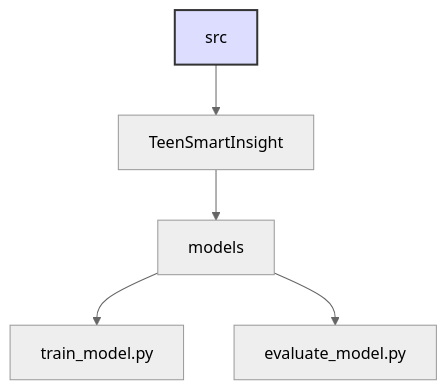
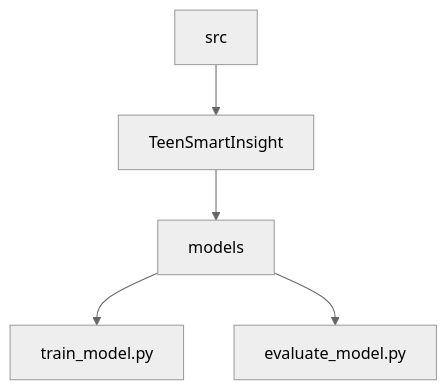
Before and after one commit to Dylalva/TeenSmartInsight: the sixth of 7 diagrams in docs/PROJECT_STRUCTURE.md, drawn with Mermaid (neutral theme). The commit also changed other lines of this file and 5 other files, not shown here.

````diff
--- a/docs/PROJECT_STRUCTURE.md
+++ b/docs/PROJECT_STRUCTURE.md
@@ -106,9 +93,7 @@
 ```mermaid
 graph TD
     I[src] --> I1[TeenSmartInsight]
     I1 --> I1A[models]
     I1A --> I1A1[train_model.py]
     I1A --> I1A2[evaluate_model.py]
-    
-    style I fill:#ddf,stroke:#333,stroke-width:2px
 ```
````
